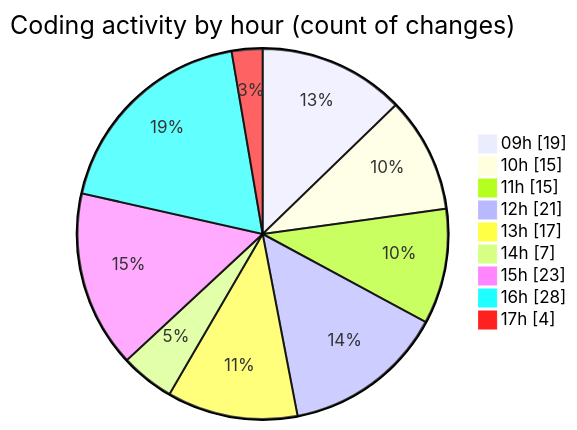
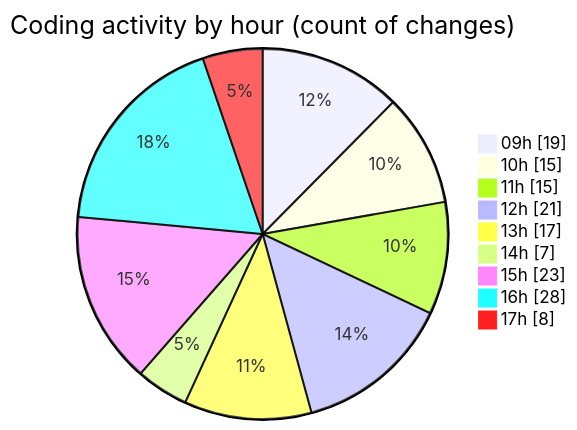
The second of 2 diagrams in 2025-09-05/cda/README.md (momahboobian/code-tracking), drawn with Mermaid before and after one commit. The commit also changed other lines of this file and 1 other file, not shown here.

````diff
--- a/2025-09-05/cda/README.md
+++ b/2025-09-05/cda/README.md
@@ -37,13 +37,13 @@
 ```mermaid
 pie showData
 title Coding activity by hour (count of changes)
 "09h" : 19
 "10h" : 15
 "11h" : 15
 "12h" : 21
 "13h" : 17
 "14h" : 7
 "15h" : 23
 "16h" : 28
-"17h" : 4
+"17h" : 8
 ```
````
